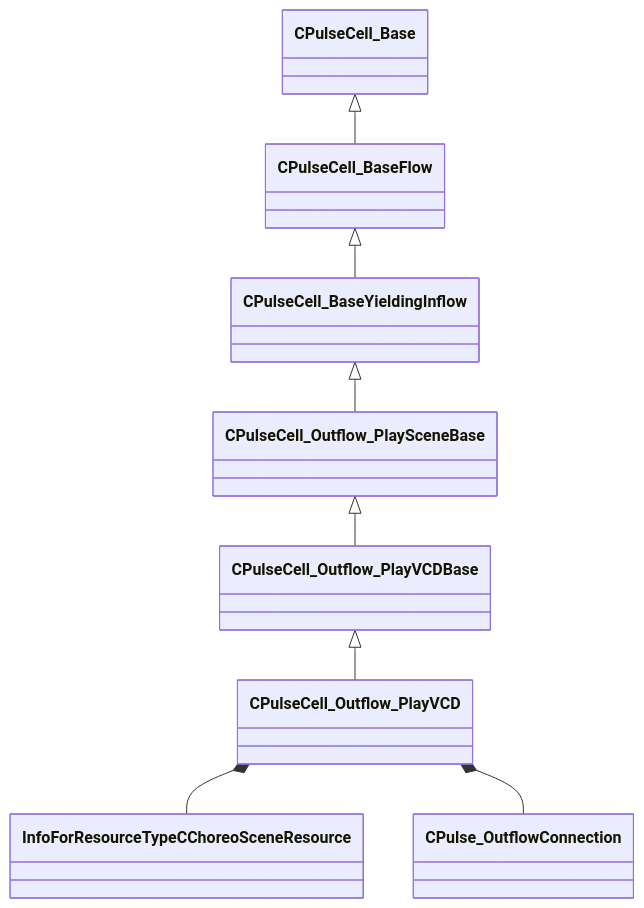
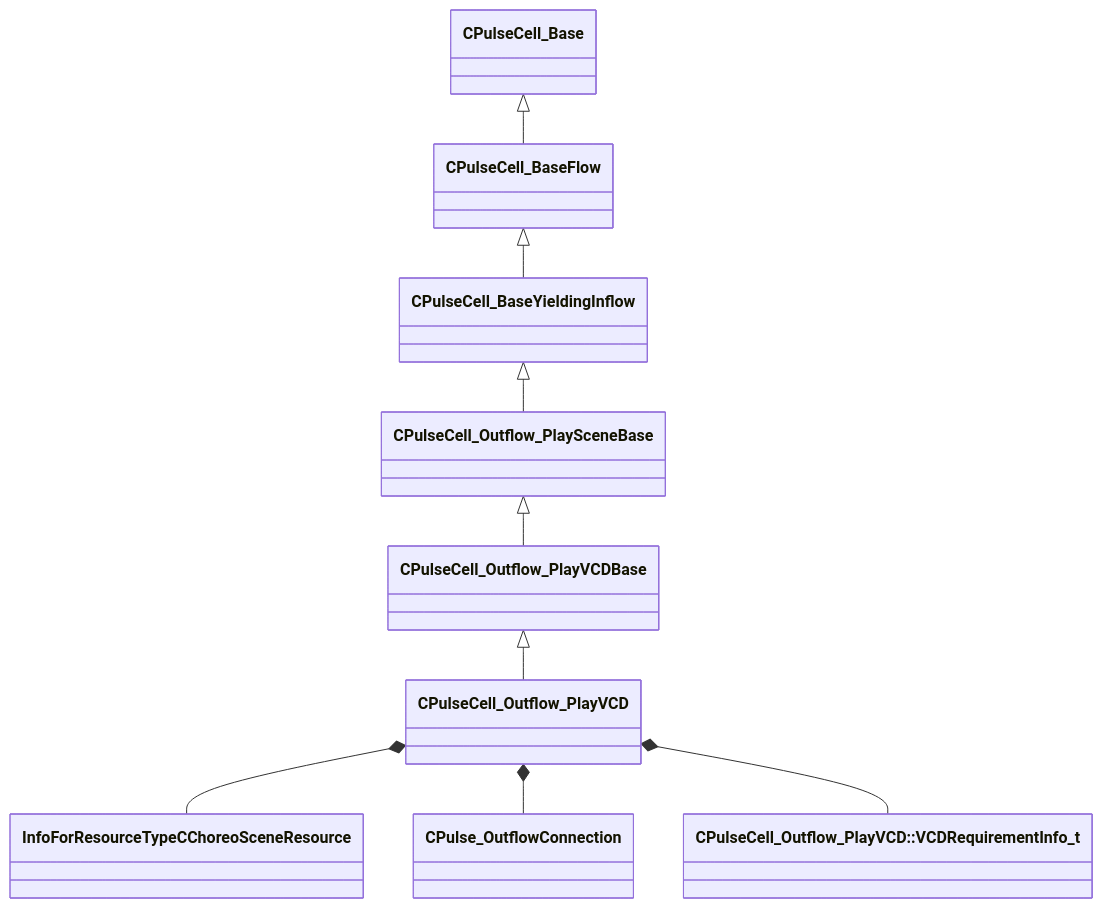
Before and after one commit to CS2OpenDev/CS2OpenDev-Docs: the diagram in docs/generated/schemas/server/CPulseCell_Outflow_PlayVCD.md, drawn with Mermaid. The commit also changed other lines of this file and 4525 other files, not shown here.

````diff
--- a/docs/generated/schemas/server/CPulseCell_Outflow_PlayVCD.md
+++ b/docs/generated/schemas/server/CPulseCell_Outflow_PlayVCD.md
@@ -17,10 +19,11 @@
 ```mermaid
 classDiagram
     CPulseCell_Outflow_PlayVCDBase <|-- CPulseCell_Outflow_PlayVCD
     CPulseCell_Outflow_PlaySceneBase <|-- CPulseCell_Outflow_PlayVCDBase
     CPulseCell_BaseYieldingInflow <|-- CPulseCell_Outflow_PlaySceneBase
     CPulseCell_BaseFlow <|-- CPulseCell_BaseYieldingInflow
     CPulseCell_Base <|-- CPulseCell_BaseFlow
     CPulseCell_Outflow_PlayVCD *-- InfoForResourceTypeCChoreoSceneResource
     CPulseCell_Outflow_PlayVCD *-- CPulse_OutflowConnection
+    CPulseCell_Outflow_PlayVCD *-- `CPulseCell_Outflow_PlayVCD::VCDRequirementInfo_t`
 ```
````
